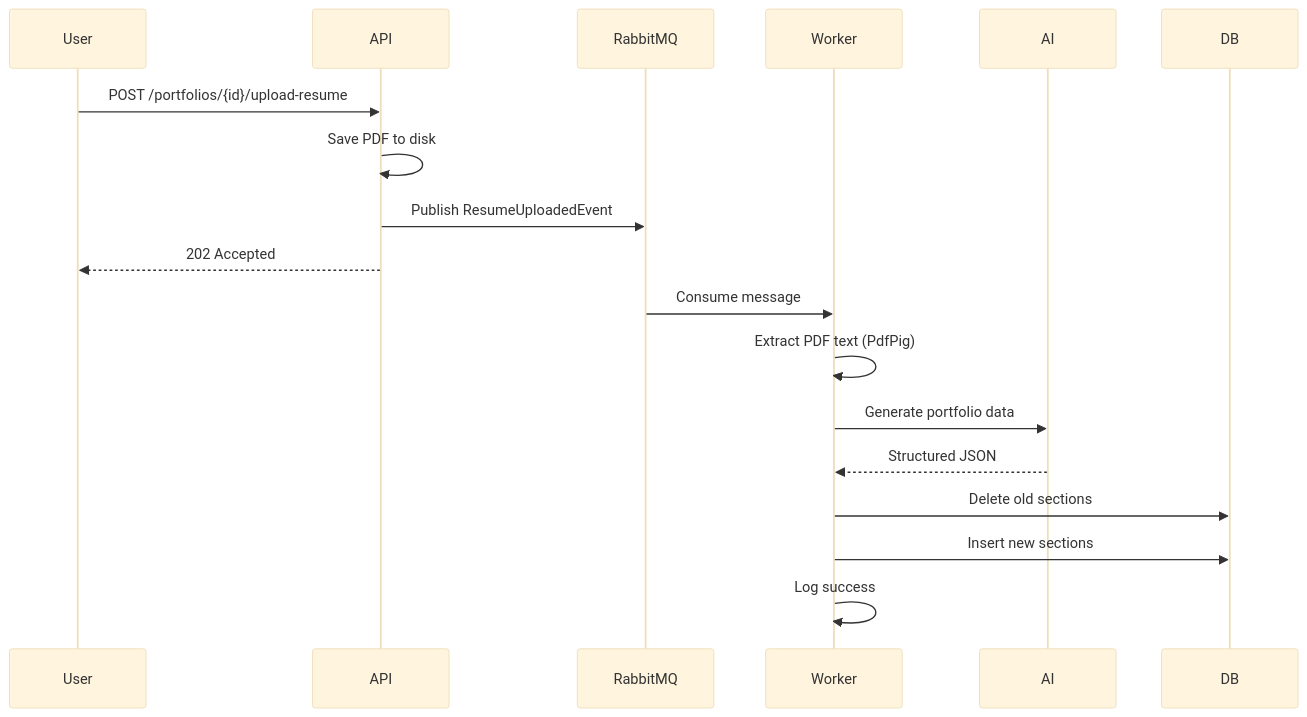
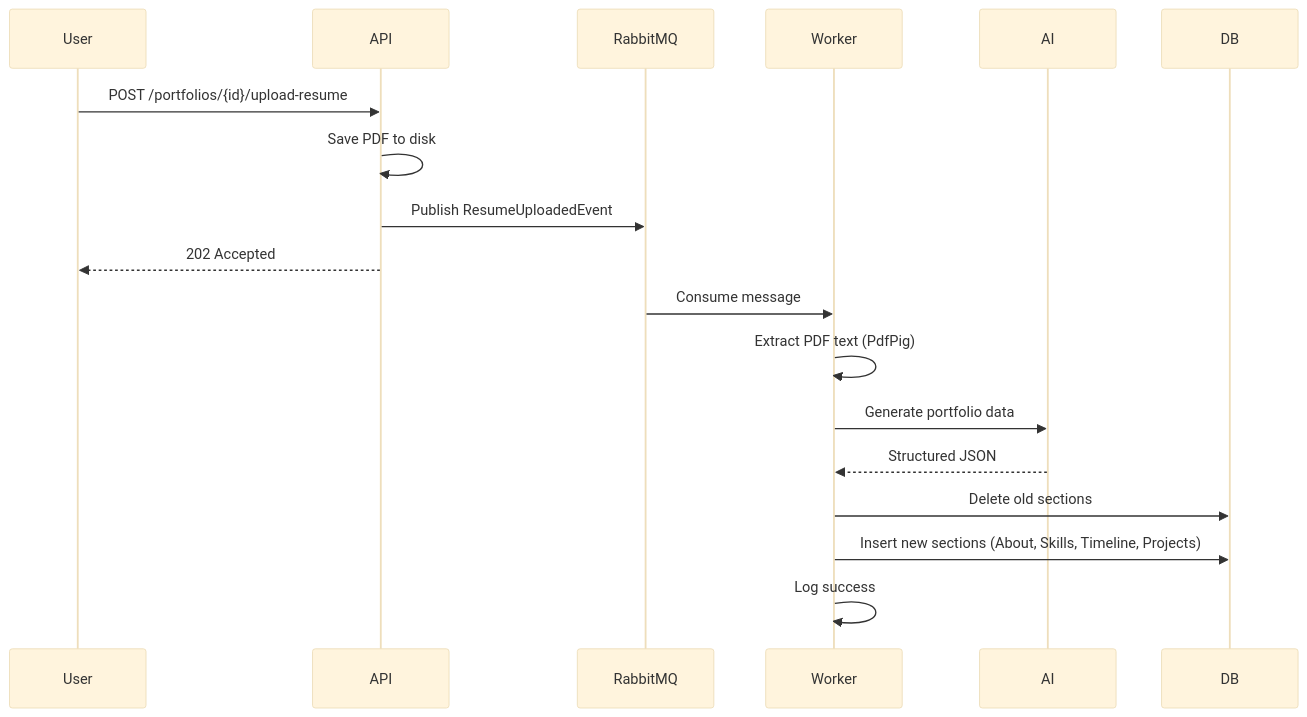
One commit to Shivansh-Gaur2/FolioForge.ai changed the second of 3 diagrams in README.md. Above: the diagram before and after it, drawn with Mermaid (base theme). The commit also changed other lines of this file and 6 other files, not shown here.

````diff
--- a/README.md
+++ b/README.md
@@ -74,22 +76,22 @@
 ```mermaid
 sequenceDiagram
     participant User
     participant API
     participant RabbitMQ
     participant Worker
     participant AI
     participant DB
-    
+
     User->>API: POST /portfolios/{id}/upload-resume
     API->>API: Save PDF to disk
     API->>RabbitMQ: Publish ResumeUploadedEvent
     API-->>User: 202 Accepted
-    
+
     RabbitMQ->>Worker: Consume message
     Worker->>Worker: Extract PDF text (PdfPig)
     Worker->>AI: Generate portfolio data
     AI-->>Worker: Structured JSON
     Worker->>DB: Delete old sections
-    Worker->>DB: Insert new sections
+    Worker->>DB: Insert new sections (About, Skills, Timeline, Projects)
     Worker->>Worker: Log success
 ```
````
